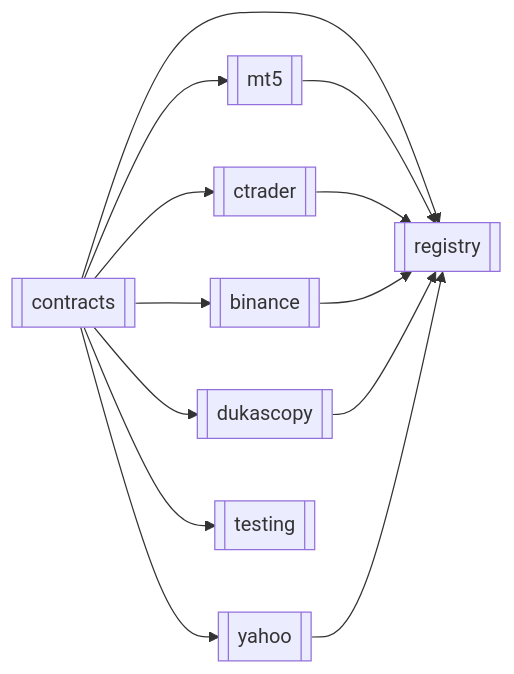
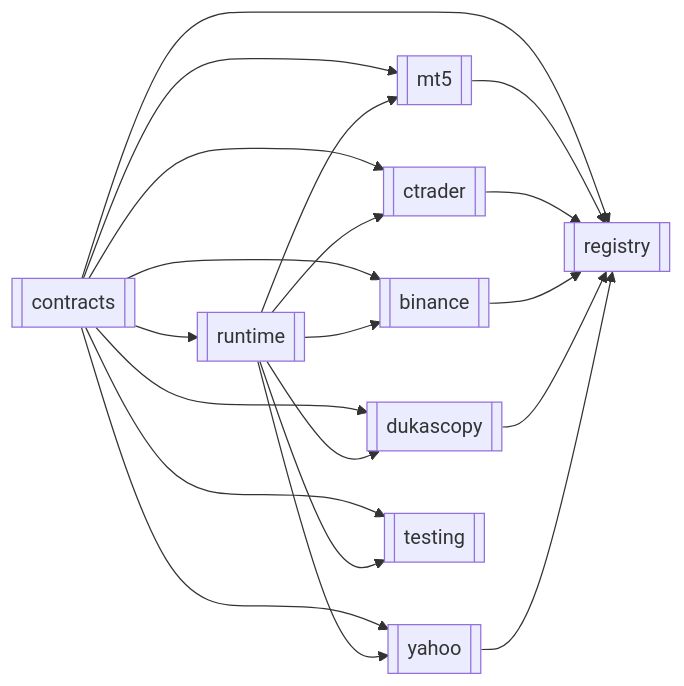
The second of 3 diagrams in app/services/brokers/README.md (haruperi/HaruQuantAI), drawn with Mermaid before and after one commit. The commit also changed other lines of this file and 123 other files, not shown here.

Commit message:
feat (brokers): implement modular broker service architecture with unified provider adapters and comprehensive test suite

````diff
--- a/app/services/brokers/README.md
+++ b/app/services/brokers/README.md
@@ -169,24 +216,32 @@
 ```mermaid
 flowchart LR
     C[[contracts]]
+    RT[[runtime]]
     R[[registry]]
     M[[mt5]]
     CT[[ctrader]]
     B[[binance]]
     D[[dukascopy]]
     Y[[yahoo]]
     T[[testing]]
 
     C --> R
+    C --> RT
     C --> M
     C --> CT
     C --> B
     C --> D
     C --> Y
     C --> T
+    RT --> M
+    RT --> CT
+    RT --> B
+    RT --> D
+    RT --> Y
+    RT --> T
     M --> R
     CT --> R
     B --> R
     D --> R
     Y --> R
 ```
````
